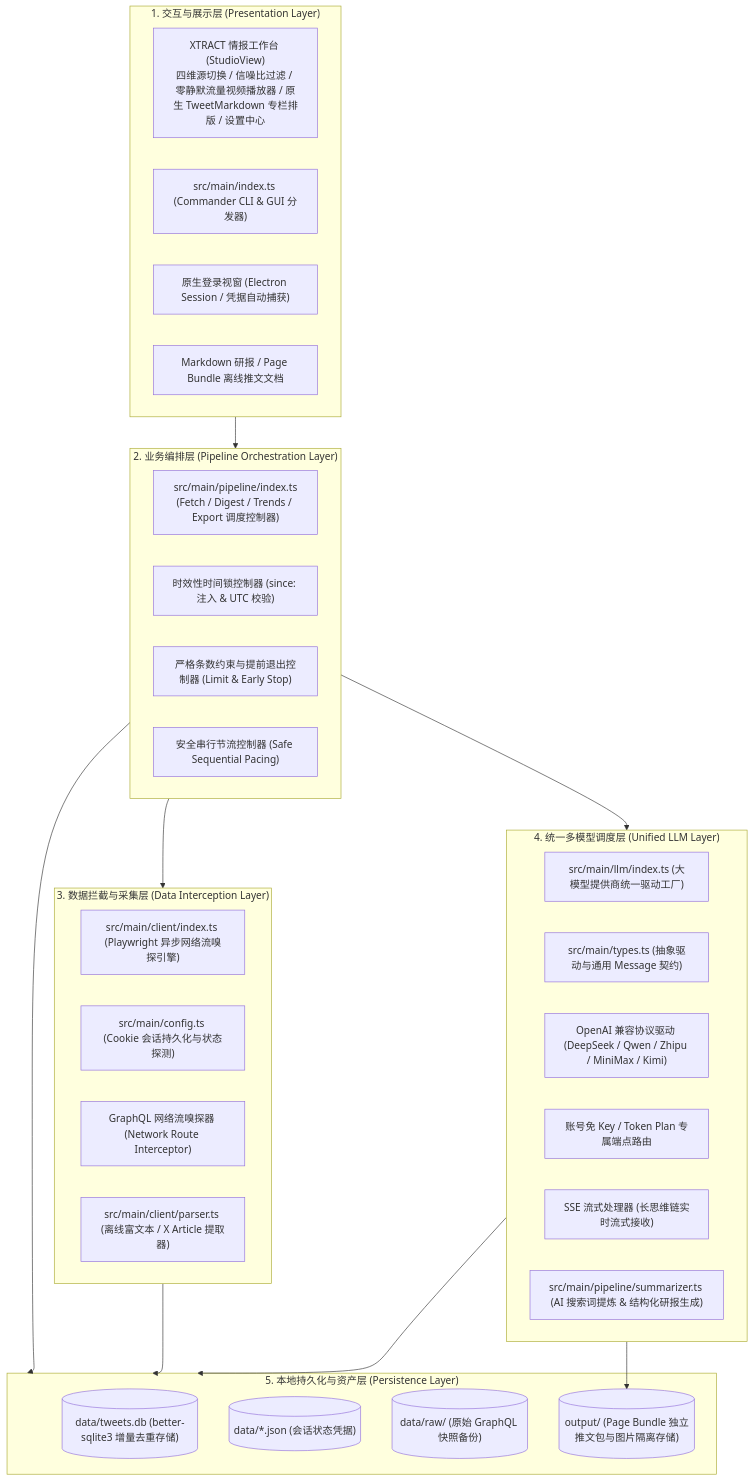
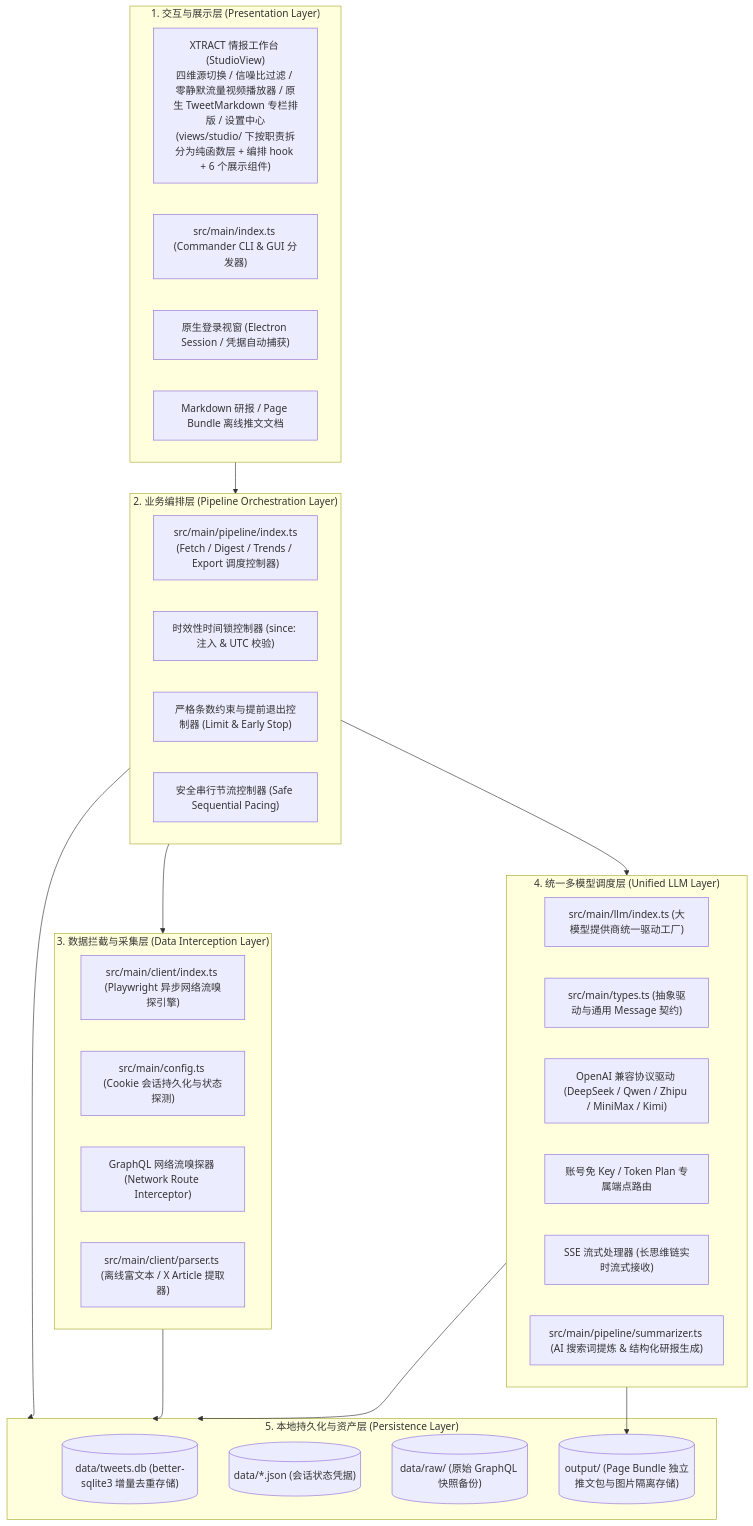
One commit to monkeychen/xtract changed the first of 3 diagrams in docs/architecture.md. Above: the diagram before and after it, drawn with Mermaid. The commit also changed other lines of this file and 10 other files, not shown here.

````diff
--- a/docs/architecture.md
+++ b/docs/architecture.md
@@ -33,47 +34,47 @@
 ```mermaid
 flowchart TD
     subgraph UI ["1. 交互与展示层 (Presentation Layer)"]
-        STUDIO_UI["XTRACT 情报工作台 (StudioView)\n四维源切换 / 信噪比过滤 / 零静默流量视频播放器 / 原生 TweetMarkdown 专栏排版 / 设置中心"]
+        STUDIO_UI["XTRACT 情报工作台 (StudioView)\n四维源切换 / 信噪比过滤 / 零静默流量视频播放器 / 原生 TweetMarkdown 专栏排版 / 设置中心\n(views/studio/ 下按职责拆分为纯函数层 + 编排 hook + 6 个展示组件)"]
         CLI["src/main/index.ts (Commander CLI & GUI 分发器)"]
         AUTH_UI["原生登录视窗 (Electron Session / 凭据自动捕获)"]
         MD_VIEW["Markdown 研报 / Page Bundle 离线推文文档"]
     end
 
     subgraph ORCH ["2. 业务编排层 (Pipeline Orchestration Layer)"]
         CORE_PIPE["src/main/pipeline/index.ts\n(Fetch / Digest / Trends / Export 调度控制器)"]
         FRESH_LOCK["时效性时间锁控制器 (since: 注入 & UTC 校验)"]
         LIMIT_CTRL["严格条数约束与提前退出控制器 (Limit & Early Stop)"]
         SERIAL_CTRL["安全串行节流控制器 (Safe Sequential Pacing)"]
     end
 
     subgraph CRAWL ["3. 数据拦截与采集层 (Data Interception Layer)"]
         PLAYWRIGHT["src/main/client/index.ts (Playwright 异步网络流嗅探引擎)"]
         AUTH_MGR["src/main/config.ts (Cookie 会话持久化与状态探测)"]
         ROUTE_FILTER["GraphQL 网络流嗅探器 (Network Route Interceptor)"]
         HTML_PARSER["src/main/client/parser.ts (离线富文本 / X Article 提取器)"]
     end
 
     subgraph LLM ["4. 统一多模型调度层 (Unified LLM Layer)"]
         FACTORY["src/main/llm/index.ts (大模型提供商统一驱动工厂)"]
         BASE_LLM["src/main/types.ts (抽象驱动与通用 Message 契约)"]
         OAI_COMPAT["OpenAI 兼容协议驱动 (DeepSeek / Qwen / Zhipu / MiniMax / Kimi)"]
         ACC_DRV["账号免 Key / Token Plan 专属端点路由"]
         SSE_STREAM["SSE 流式处理器 (长思维链实时流式接收)"]
         SUMMARIZER["src/main/pipeline/summarizer.ts (AI 搜索词提炼 & 结构化研报生成)"]
     end
 
     subgraph STORAGE ["5. 本地持久化与资产层 (Persistence Layer)"]
         SQLITE[("data/tweets.db (better-sqlite3 增量去重存储)")]
         AUTH_FILES[("data/*.json (会话状态凭据)")]
         RAW_BACKUP[("data/raw/ (原始 GraphQL 快照备份)")]
         OUTPUT_ASSETS[("output/ (Page Bundle 独立推文包与图片隔离存储)")]
     end
 
     UI --> ORCH
     ORCH --> CRAWL
     ORCH --> STORAGE
     ORCH --> LLM
     CRAWL --> STORAGE
     LLM --> STORAGE
     LLM --> OUTPUT_ASSETS
 ```
````
